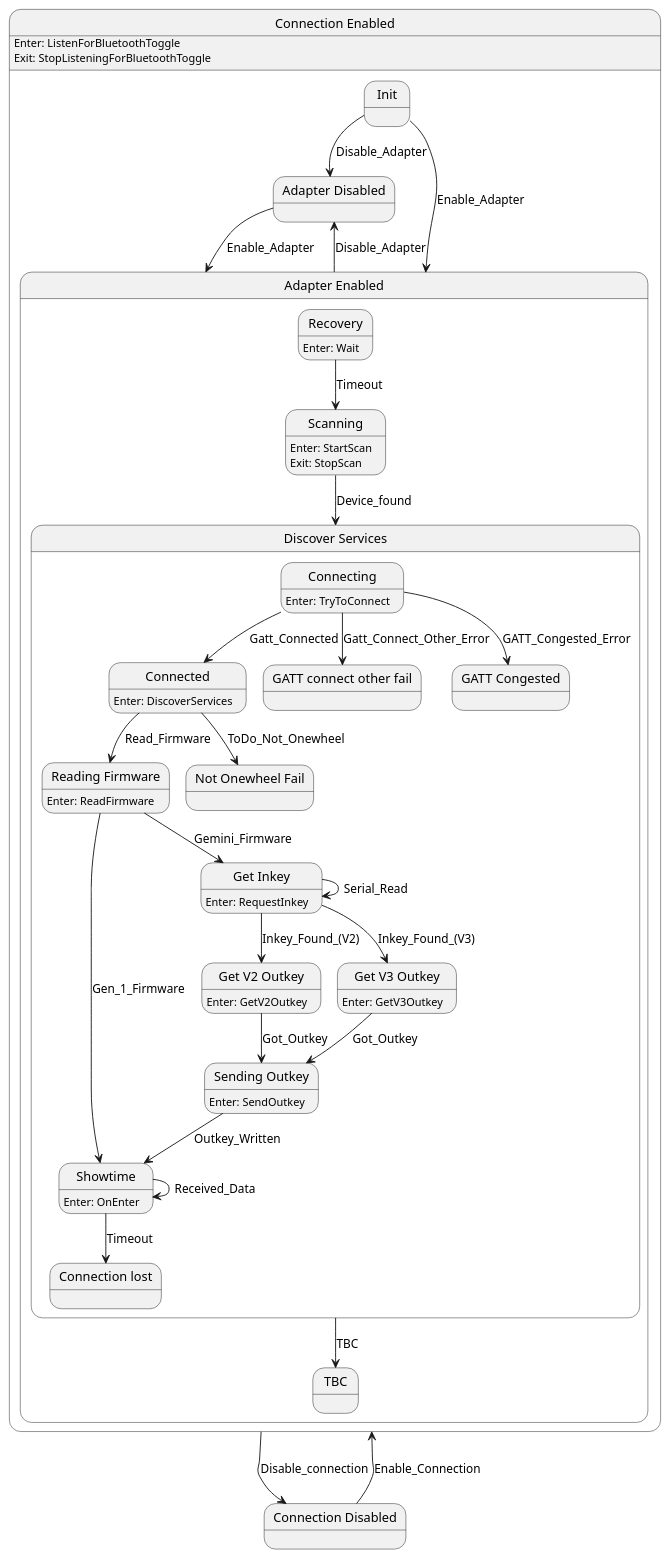
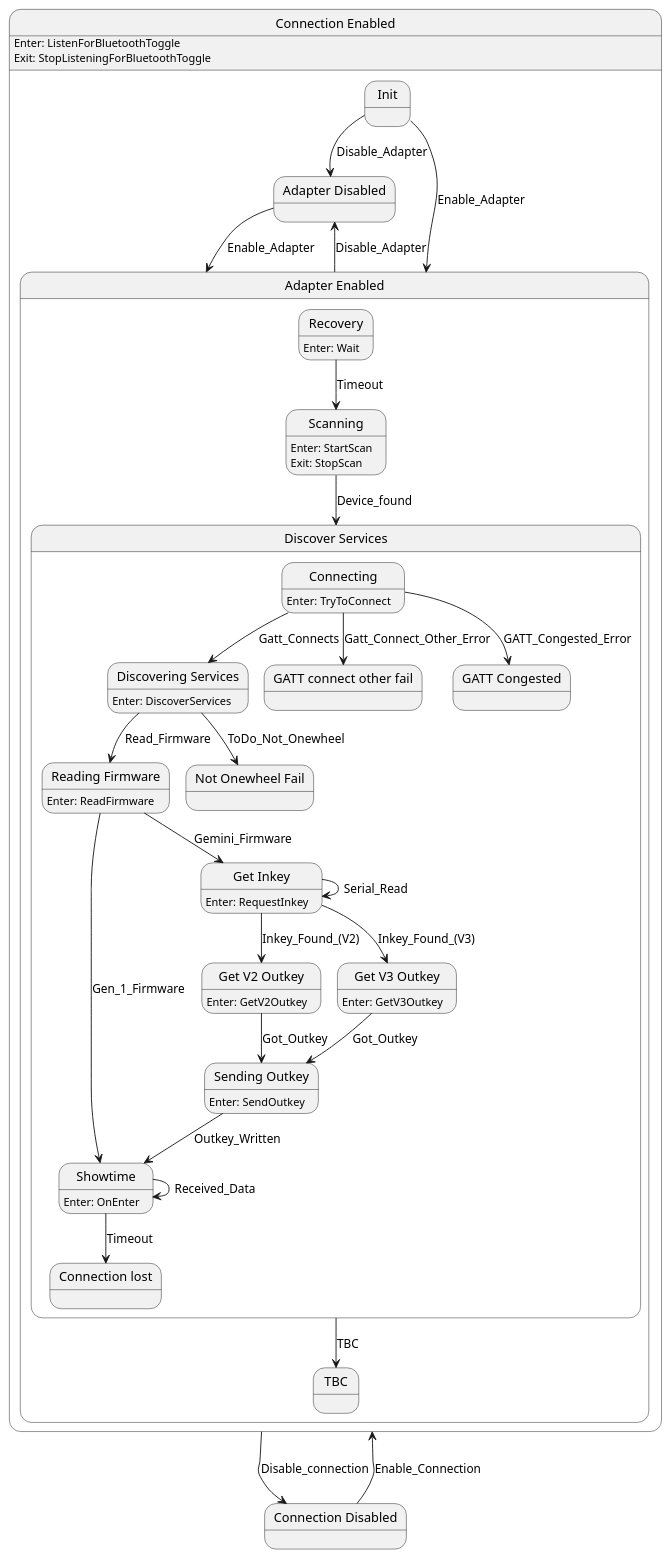
One commit to tekkies/android-ponewheel changed the diagram in doc/ponewheel-state.plantuml. Above: the diagram before and after it, drawn with PlantUML. The commit also changed 3 other files, not shown here.

```diff
--- a/doc/ponewheel-state.plantuml
+++ b/doc/ponewheel-state.plantuml
@@ -1,80 +1,80 @@
 @startuml
 state "Connection Enabled" as Connection_Enabled  {
     state "Adapter Disabled" as Adapter_Disabled  {
     }
     state "Adapter Enabled" as Adapter_Enabled  {
         state "Discover Services" as Discover_Services  {
-            state "Connected" as Connected  {
-Connected : Enter: DiscoverServices
+            state "Discovering Services" as Discovering_Services  {
+Discovering_Services : Enter: DiscoverServices
             }
             state "Reading Firmware" as Reading_Firmware  {
 Reading_Firmware : Enter: ReadFirmware
             }
             state "Showtime" as Showtime  {
 Showtime : Enter: OnEnter
             }
             state "Get Inkey" as Get_Inkey  {
 Get_Inkey : Enter: RequestInkey
             }
             state "Get V2 Outkey" as Get_V2_Outkey  {
 Get_V2_Outkey : Enter: GetV2Outkey
             }
             state "Get V3 Outkey" as Get_V3_Outkey  {
 Get_V3_Outkey : Enter: GetV3Outkey
             }
             state "Sending Outkey" as Sending_Outkey  {
 Sending_Outkey : Enter: SendOutkey
             }
             state "GATT connect other fail" as GATT_connect_other_fail  {
             }
             state "GATT Congested" as GATT_Congested  {
             }
             state "Not Onewheel Fail" as Not_Onewheel_Fail  {
             }
             state "Connection lost" as Connection_lost  {
             }
             state "Connecting" as Connecting  {
 Connecting : Enter: TryToConnect
             }
         }
         state "Recovery" as Recovery  {
 Recovery : Enter: Wait
         }
         state "TBC" as TBC  {
         }
         state "Scanning" as Scanning  {
 Scanning : Enter: StartScan\nExit: StopScan
         }
     }
     state "Init" as Init  {
     }
 Connection_Enabled : Enter: ListenForBluetoothToggle\nExit: StopListeningForBluetoothToggle
 }
 state "Connection Disabled" as Connection_Disabled  {
 }
 Adapter_Disabled --> Adapter_Enabled : Enable_Adapter
-Connected --> Not_Onewheel_Fail : ToDo_Not_Onewheel
-Connected --> Reading_Firmware : Read_Firmware
+Discovering_Services --> Not_Onewheel_Fail : ToDo_Not_Onewheel
+Discovering_Services --> Reading_Firmware : Read_Firmware
 Reading_Firmware --> Showtime : Gen_1_Firmware
 Reading_Firmware --> Get_Inkey : Gemini_Firmware
 Showtime --> Showtime : Received_Data
 Showtime --> Connection_lost : Timeout
 Get_Inkey --> Get_Inkey : Serial_Read
 Get_Inkey --> Get_V2_Outkey : Inkey_Found_(V2)
 Get_Inkey --> Get_V3_Outkey : Inkey_Found_(V3)
 Get_V2_Outkey --> Sending_Outkey : Got_Outkey
 Get_V3_Outkey --> Sending_Outkey : Got_Outkey
 Sending_Outkey --> Showtime : Outkey_Written
-Connecting --> Connected : Gatt_Connected
+Connecting --> Discovering_Services : Gatt_Connects
 Connecting --> GATT_connect_other_fail : Gatt_Connect_Other_Error
 Connecting --> GATT_Congested : GATT_Congested_Error
 Discover_Services --> TBC : TBC
 Recovery --> Scanning : Timeout
 Scanning --> Discover_Services : Device_found
 Adapter_Enabled --> Adapter_Disabled : Disable_Adapter
 Init --> Adapter_Enabled : Enable_Adapter
 Init --> Adapter_Disabled : Disable_Adapter
 Connection_Enabled --> Connection_Disabled : Disable_connection
 Connection_Disabled --> Connection_Enabled : Enable_Connection
  
 @enduml
```
